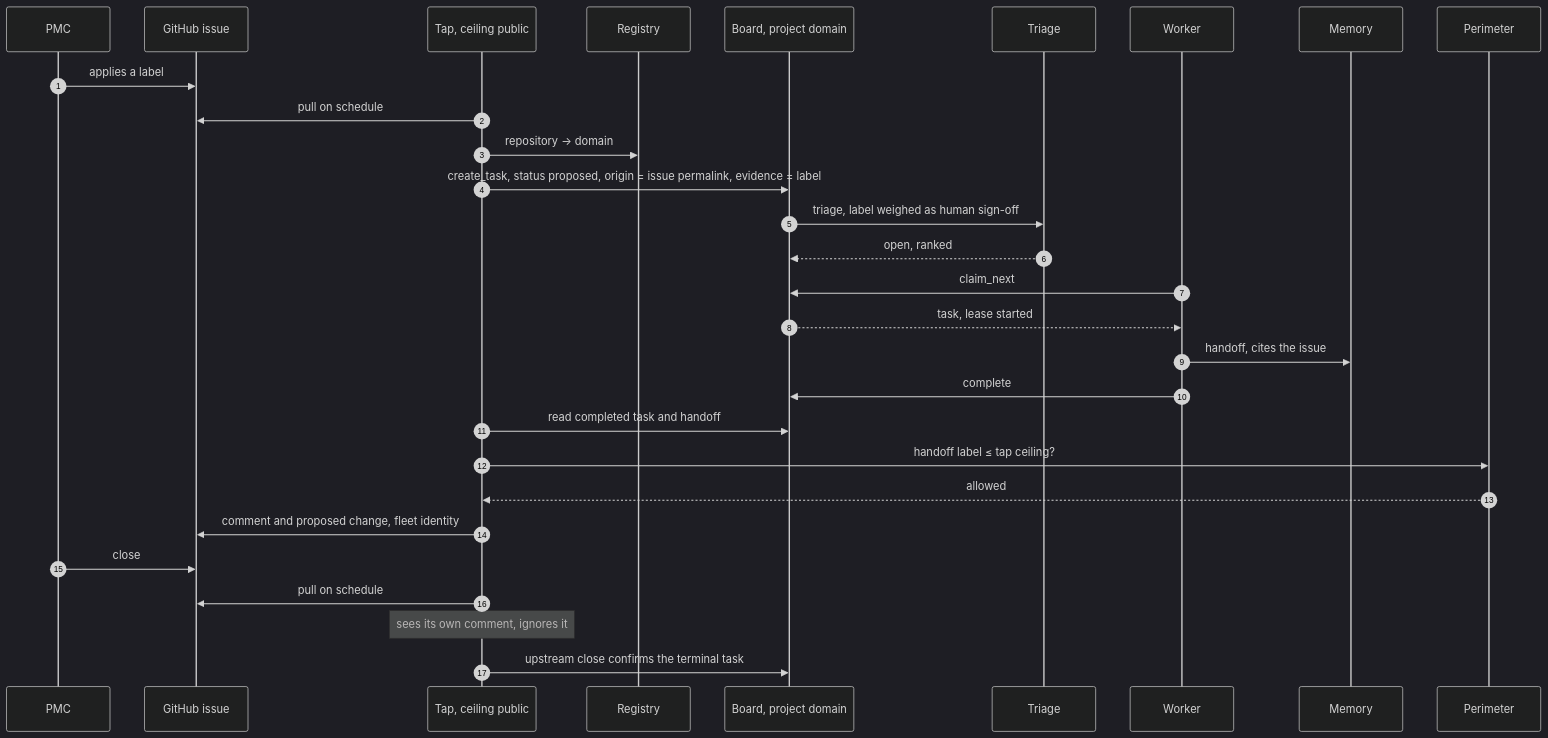
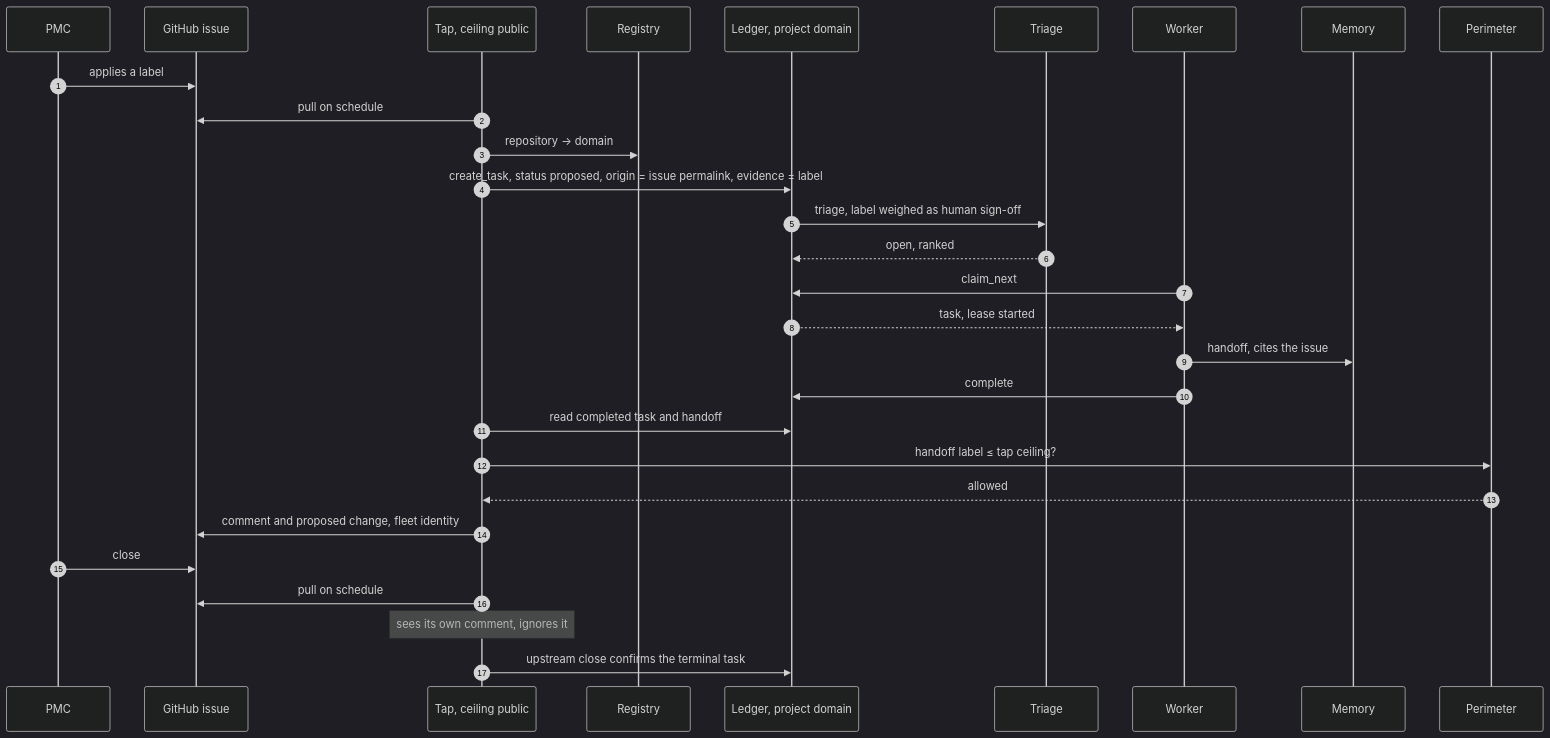
Before and after one commit to apache/tooling-memory: the third of 3 diagrams in docs/seeding-a-foundation.md, drawn with Mermaid (dark theme). The commit also changed other lines of this file and 1 other file, not shown here.

Commit message:
Rename the task board to the task ledger
"Board" evokes a wall of cards people move. The thing is an
append-only record of tasks with admission, leases, and dependencies,
projected into a claimable set: a ledger. The ASF Board and the
blackboard architecture citation keep their names.

````diff
--- a/docs/seeding-a-foundation.md
+++ b/docs/seeding-a-foundation.md
@@ -161,32 +161,32 @@
 ```mermaid
 sequenceDiagram
     autonumber
     participant PMC as PMC
     participant GH as GitHub issue
     participant TAP as Tap, ceiling public
     participant REG as Registry
-    participant B as Board, project domain
+    participant B as Ledger, project domain
     participant TRI as Triage
     participant W as Worker
     participant M as Memory
     participant P as Perimeter
 
     PMC->>GH: applies a label
     TAP->>GH: pull on schedule
     TAP->>REG: repository → domain
     TAP->>B: create_task, status proposed, origin = issue permalink, evidence = label
     B->>TRI: triage, label weighed as human sign-off
     TRI-->>B: open, ranked
     W->>B: claim_next
     B-->>W: task, lease started
     W->>M: handoff, cites the issue
     W->>B: complete
     TAP->>B: read completed task and handoff
     TAP->>P: handoff label ≤ tap ceiling?
     P-->>TAP: allowed
     TAP->>GH: comment and proposed change, fleet identity
     PMC->>GH: close
     TAP->>GH: pull on schedule
     Note over TAP: sees its own comment, ignores it
     TAP->>B: upstream close confirms the terminal task
 ```
````
